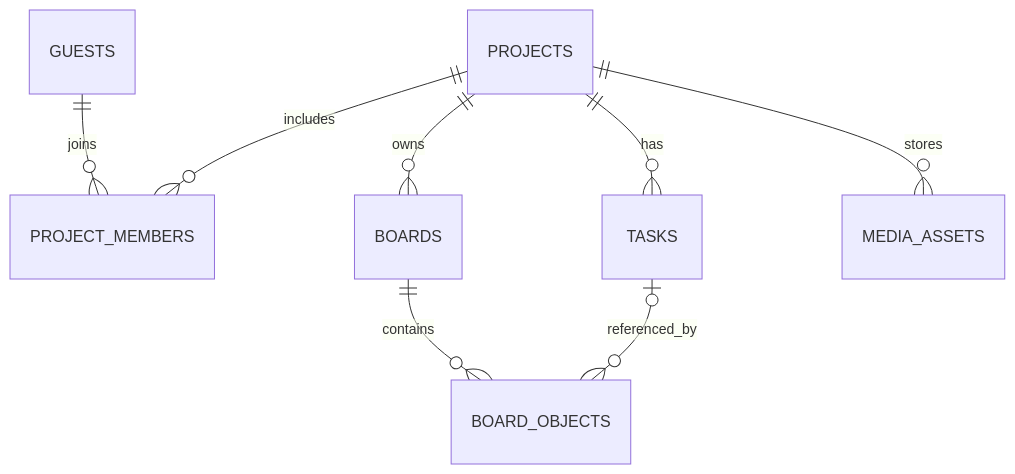
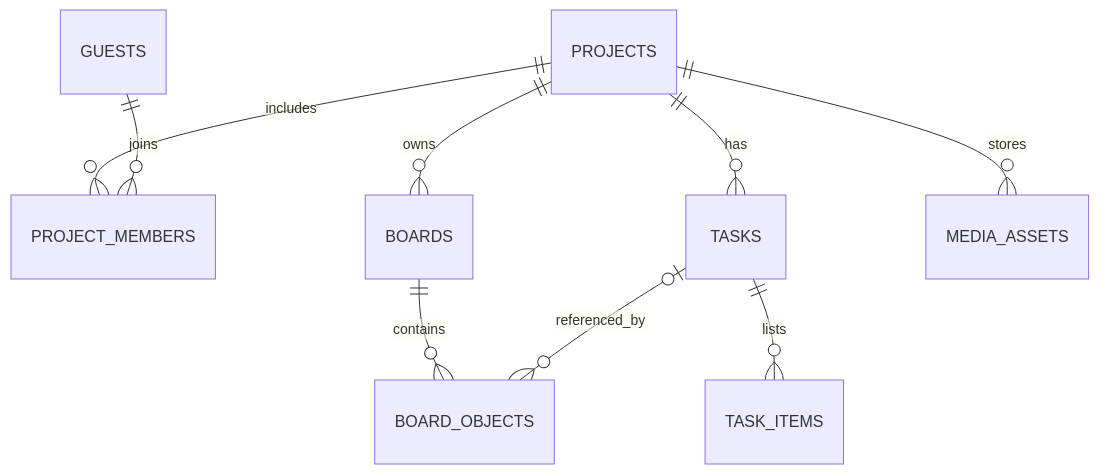
One commit to siwoo440/TaskCanvas changed the diagram in docs/06-data-model.md. Above: the diagram before and after it, drawn with Mermaid. The commit also changed other lines of this file and 52 other files, not shown here.

````diff
--- a/docs/06-data-model.md
+++ b/docs/06-data-model.md
@@ -26,10 +27,11 @@
 ```mermaid
 erDiagram
     PROJECTS ||--o{ PROJECT_MEMBERS : includes
     GUESTS ||--o{ PROJECT_MEMBERS : joins
     PROJECTS ||--o{ BOARDS : owns
     BOARDS ||--o{ BOARD_OBJECTS : contains
     PROJECTS ||--o{ TASKS : has
+    TASKS ||--o{ TASK_ITEMS : lists
     TASKS o|--o{ BOARD_OBJECTS : referenced_by
     PROJECTS ||--o{ MEDIA_ASSETS : stores
 ```
````
